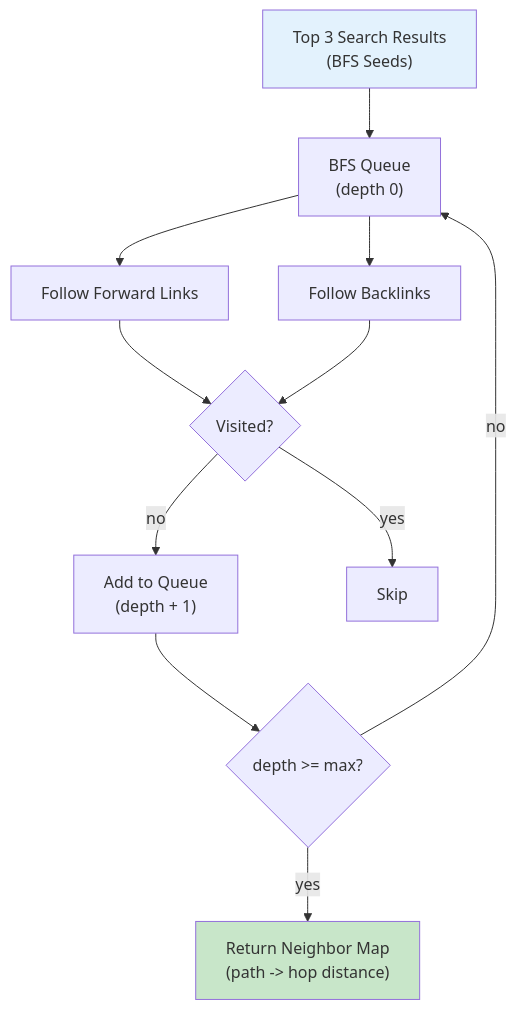
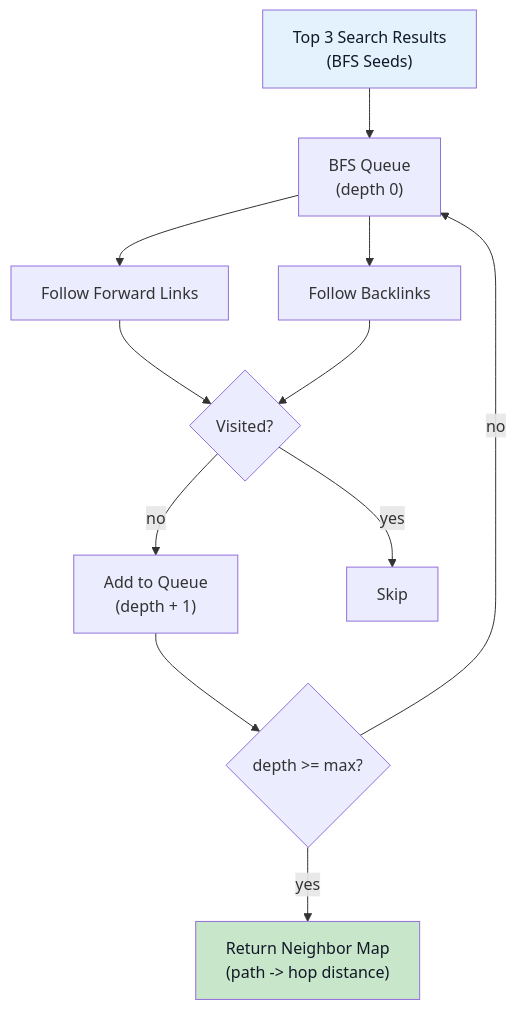
One commit to geckse/markdown-vdb changed the third of 3 diagrams in docs/cli/concepts/link-graph.md. Above: the diagram before and after it, drawn with Mermaid. The commit also changed other lines of this file and 41 other files, not shown here.

````diff
--- a/docs/cli/concepts/link-graph.md
+++ b/docs/cli/concepts/link-graph.md
@@ -156,16 +190,16 @@
 ```mermaid
 flowchart TD
     SEED["Top 3 Search Results<br/>(BFS Seeds)"] --> BFS["BFS Queue<br/>(depth 0)"]
     BFS --> FWD["Follow Forward Links"]
     BFS --> BACK["Follow Backlinks"]
     FWD --> CHECK{"Visited?"}
     BACK --> CHECK
     CHECK -->|no| ADD["Add to Queue<br/>(depth + 1)"]
     CHECK -->|yes| SKIP["Skip"]
     ADD --> DEPTH{"depth >= max?"}
     DEPTH -->|no| BFS
     DEPTH -->|yes| DONE["Return Neighbor Map<br/>(path -> hop distance)"]
 
-    style SEED fill:#e3f2fd
-    style DONE fill:#c8e6c9
+    style SEED fill:#e3f2fd,color:#111827
+    style DONE fill:#c8e6c9,color:#111827
 ```
````
